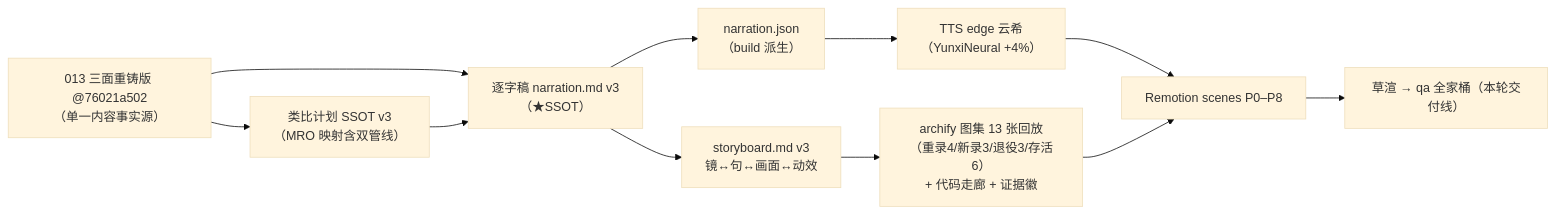
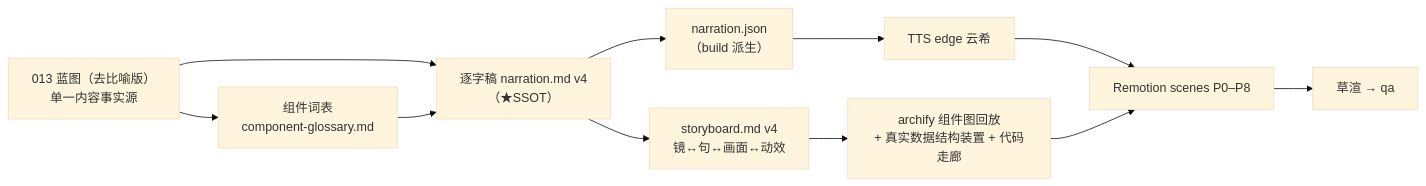
The diagram in apps/negentropy-influence/episodes/context-layer-video/script/planning.md (ThreeFish-AI/negentropy), drawn with Mermaid (base theme) before and after one commit. The commit also changed other lines of this file and 12 other files, not shown here.

````diff
--- a/apps/negentropy-influence/episodes/context-layer-video/script/planning.md
+++ b/apps/negentropy-influence/episodes/context-layer-video/script/planning.md
@@ -62,13 +74,13 @@
 ```mermaid
 flowchart LR
-    A["013 三面重铸版 @76021a502<br/>（单一内容事实源）"] --> B["逐字稿 narration.md v3<br/>（★SSOT）"]
-    A --> C["类比计划 SSOT v3<br/>（MRO 映射含双管线）"]
-    C --> B
+    A["013 蓝图（去比喻版）<br/>单一内容事实源"] --> G["组件词表<br/>component-glossary.md"]
+    A --> B["逐字稿 narration.md v4<br/>（★SSOT）"]
+    G --> B
     B --> D["narration.json<br/>（build 派生）"]
-    D --> E["TTS edge 云希<br/>（YunxiNeural +4%）"]
-    B --> F["storyboard.md v3<br/>镜↔句↔画面↔动效"]
-    F --> G["archify 图集 13 张回放<br/>（重录4/新录3/退役3/存活6）<br/>+ 代码走廊 + 证据徽"]
-    E --> H["Remotion scenes P0–P8"]
-    G --> H
-    H --> I["草渲 → qa 全家桶（本轮交付线）"]
+    D --> E["TTS edge 云希"]
+    B --> F["storyboard.md v4<br/>镜↔句↔画面↔动效"]
+    F --> H["archify 组件图回放<br/>+ 真实数据结构装置 + 代码走廊"]
+    E --> I["Remotion scenes P0–P8"]
+    H --> I
+    I --> J["草渲 → qa"]
 ```
````
